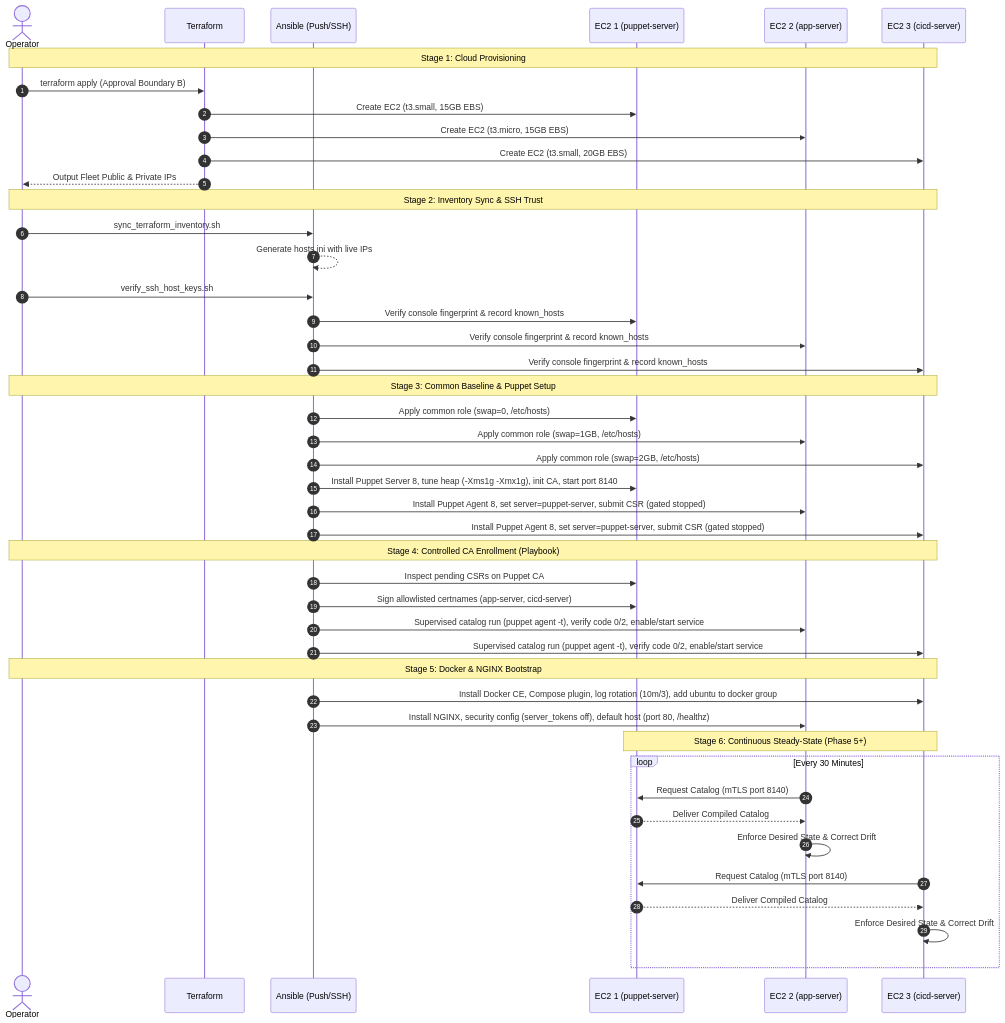
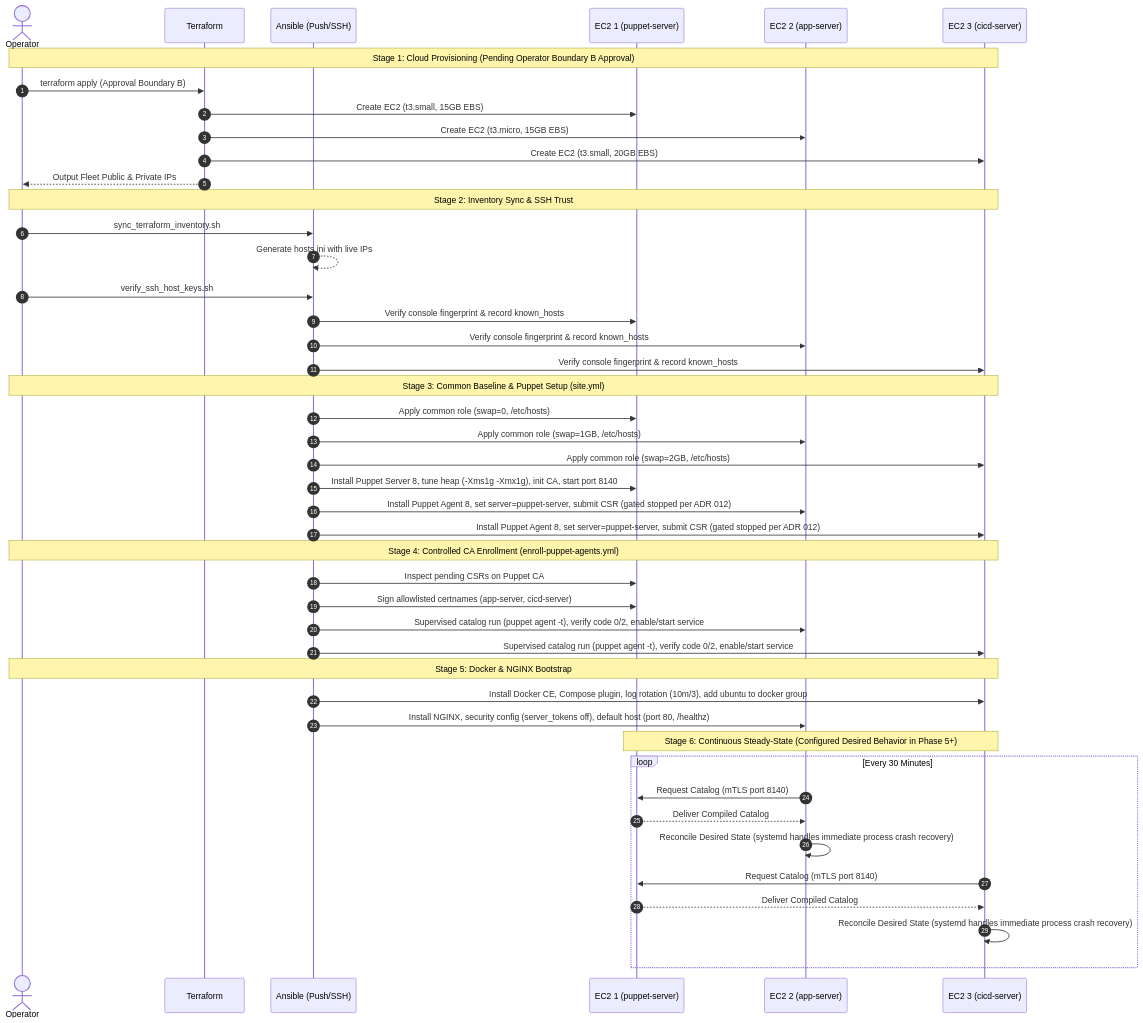
One commit to Aditya2274/Git-repo-analyzer changed the second of 2 diagrams in project_docs/ANSIBLE_AND_PUPPET_ARCHITECTURE.md. Above: the diagram before and after it, drawn with Mermaid. The commit also changed other lines of this file and 7 other files, not shown here.

First line of the commit message:
fix(ansible): enforce lifecycle-aware Puppet Agent handover guard and close Phase 4 documentation

````diff
--- a/project_docs/ANSIBLE_AND_PUPPET_ARCHITECTURE.md
+++ b/project_docs/ANSIBLE_AND_PUPPET_ARCHITECTURE.md
@@ -217,53 +236,53 @@
 ```mermaid
 sequenceDiagram
     autonumber
     actor Operator
     participant TF as Terraform
     participant ANS as Ansible (Push/SSH)
     participant S1 as EC2 1 (puppet-server)
     participant S2 as EC2 2 (app-server)
     participant S3 as EC2 3 (cicd-server)
 
-    Note over Operator,S3: Stage 1: Cloud Provisioning
+    Note over Operator,S3: Stage 1: Cloud Provisioning (Pending Operator Boundary B Approval)
     Operator->>TF: terraform apply (Approval Boundary B)
     TF->>S1: Create EC2 (t3.small, 15GB EBS)
     TF->>S2: Create EC2 (t3.micro, 15GB EBS)
     TF->>S3: Create EC2 (t3.small, 20GB EBS)
     TF-->>Operator: Output Fleet Public & Private IPs
 
     Note over Operator,S3: Stage 2: Inventory Sync & SSH Trust
     Operator->>ANS: sync_terraform_inventory.sh
     ANS-->>ANS: Generate hosts.ini with live IPs
     Operator->>ANS: verify_ssh_host_keys.sh
     ANS->>S1: Verify console fingerprint & record known_hosts
     ANS->>S2: Verify console fingerprint & record known_hosts
     ANS->>S3: Verify console fingerprint & record known_hosts
 
-    Note over Operator,S3: Stage 3: Common Baseline & Puppet Setup
+    Note over Operator,S3: Stage 3: Common Baseline & Puppet Setup (site.yml)
     ANS->>S1: Apply common role (swap=0, /etc/hosts)
     ANS->>S2: Apply common role (swap=1GB, /etc/hosts)
     ANS->>S3: Apply common role (swap=2GB, /etc/hosts)
     ANS->>S1: Install Puppet Server 8, tune heap (-Xms1g -Xmx1g), init CA, start port 8140
-    ANS->>S2: Install Puppet Agent 8, set server=puppet-server, submit CSR (gated stopped)
-    ANS->>S3: Install Puppet Agent 8, set server=puppet-server, submit CSR (gated stopped)
+    ANS->>S2: Install Puppet Agent 8, set server=puppet-server, submit CSR (gated stopped per ADR 012)
+    ANS->>S3: Install Puppet Agent 8, set server=puppet-server, submit CSR (gated stopped per ADR 012)
 
-    Note over Operator,S3: Stage 4: Controlled CA Enrollment (Playbook)
+    Note over Operator,S3: Stage 4: Controlled CA Enrollment (enroll-puppet-agents.yml)
     ANS->>S1: Inspect pending CSRs on Puppet CA
     ANS->>S1: Sign allowlisted certnames (app-server, cicd-server)
     ANS->>S2: Supervised catalog run (puppet agent -t), verify code 0/2, enable/start service
     ANS->>S3: Supervised catalog run (puppet agent -t), verify code 0/2, enable/start service
 
     Note over Operator,S3: Stage 5: Docker & NGINX Bootstrap
     ANS->>S3: Install Docker CE, Compose plugin, log rotation (10m/3), add ubuntu to docker group
     ANS->>S2: Install NGINX, security config (server_tokens off), default host (port 80, /healthz)
 
-    Note over S1,S3: Stage 6: Continuous Steady-State (Phase 5+)
+    Note over S1,S3: Stage 6: Continuous Steady-State (Configured Desired Behavior in Phase 5+)
     loop Every 30 Minutes
         S2->>S1: Request Catalog (mTLS port 8140)
         S1-->>S2: Deliver Compiled Catalog
-        S2->>S2: Enforce Desired State & Correct Drift
+        S2->>S2: Reconcile Desired State (systemd handles immediate process crash recovery)
         S3->>S1: Request Catalog (mTLS port 8140)
         S1-->>S3: Deliver Compiled Catalog
-        S3->>S3: Enforce Desired State & Correct Drift
+        S3->>S3: Reconcile Desired State (systemd handles immediate process crash recovery)
     end
 ```
````
